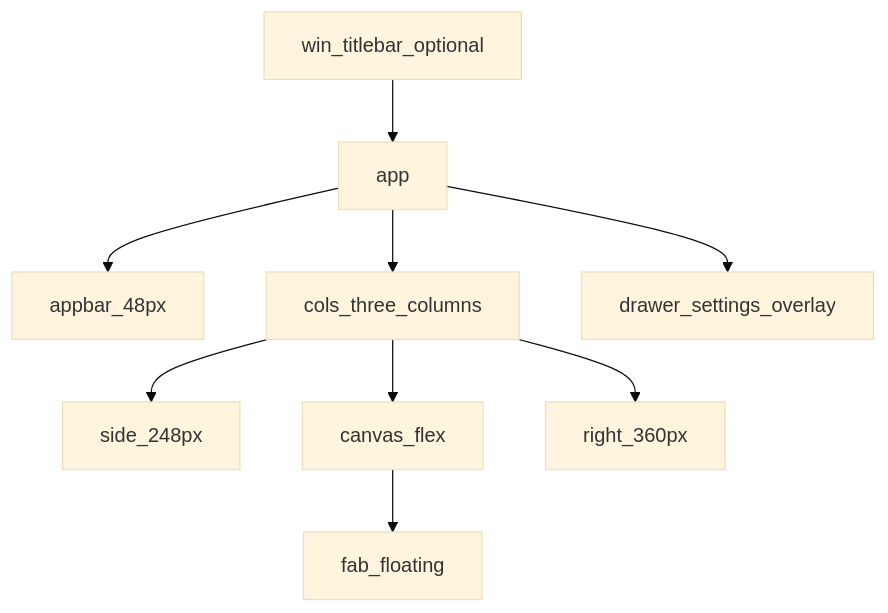
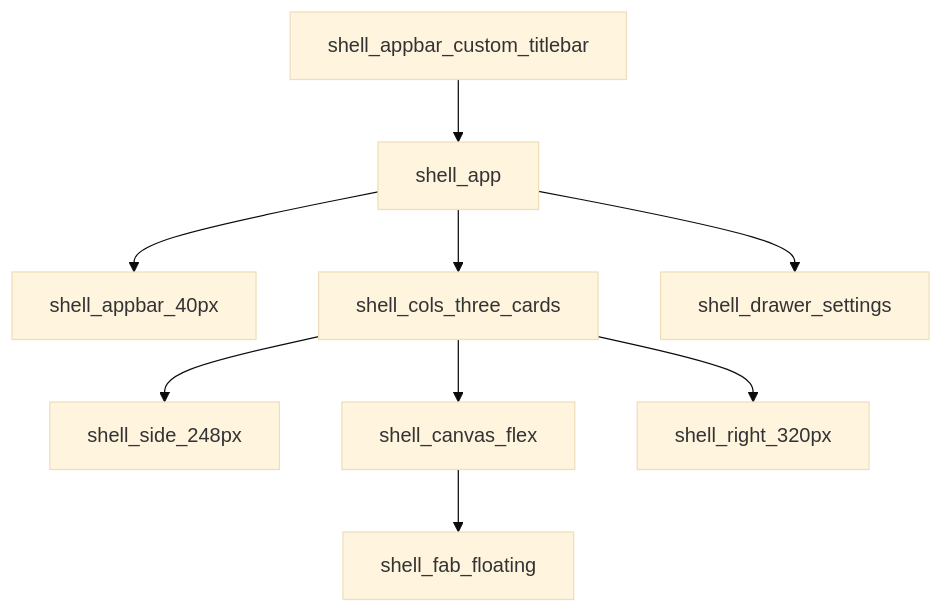
The diagram in docs/ui/layout.md (qiuku2022/SentRealm), drawn with Mermaid (base theme) before and after one commit. The commit also changed other lines of this file and 17 other files, not shown here.

````diff
--- a/docs/ui/layout.md
+++ b/docs/ui/layout.md
@@ -8,20 +9,20 @@
 ```mermaid
 flowchart TB
-  win[win_titlebar_optional]
-  app[app]
-  appbar[appbar_48px]
-  cols[cols_three_columns]
-  side[side_248px]
-  canvas[canvas_flex]
-  right[right_360px]
-  fab[fab_floating]
-  drawer[drawer_settings_overlay]
+  win[shell_appbar_custom_titlebar]
+  app[shell_app]
+  appbar[shell_appbar_40px]
+  cols[shell_cols_three_cards]
+  side[shell_side_248px]
+  canvas[shell_canvas_flex]
+  right[shell_right_320px]
+  fab[shell_fab_floating]
+  drawer[shell_drawer_settings]
   win --> app
   app --> appbar
   app --> cols
   cols --> side
   cols --> canvas
   cols --> right
   canvas --> fab
   app --> drawer
 ```
````
